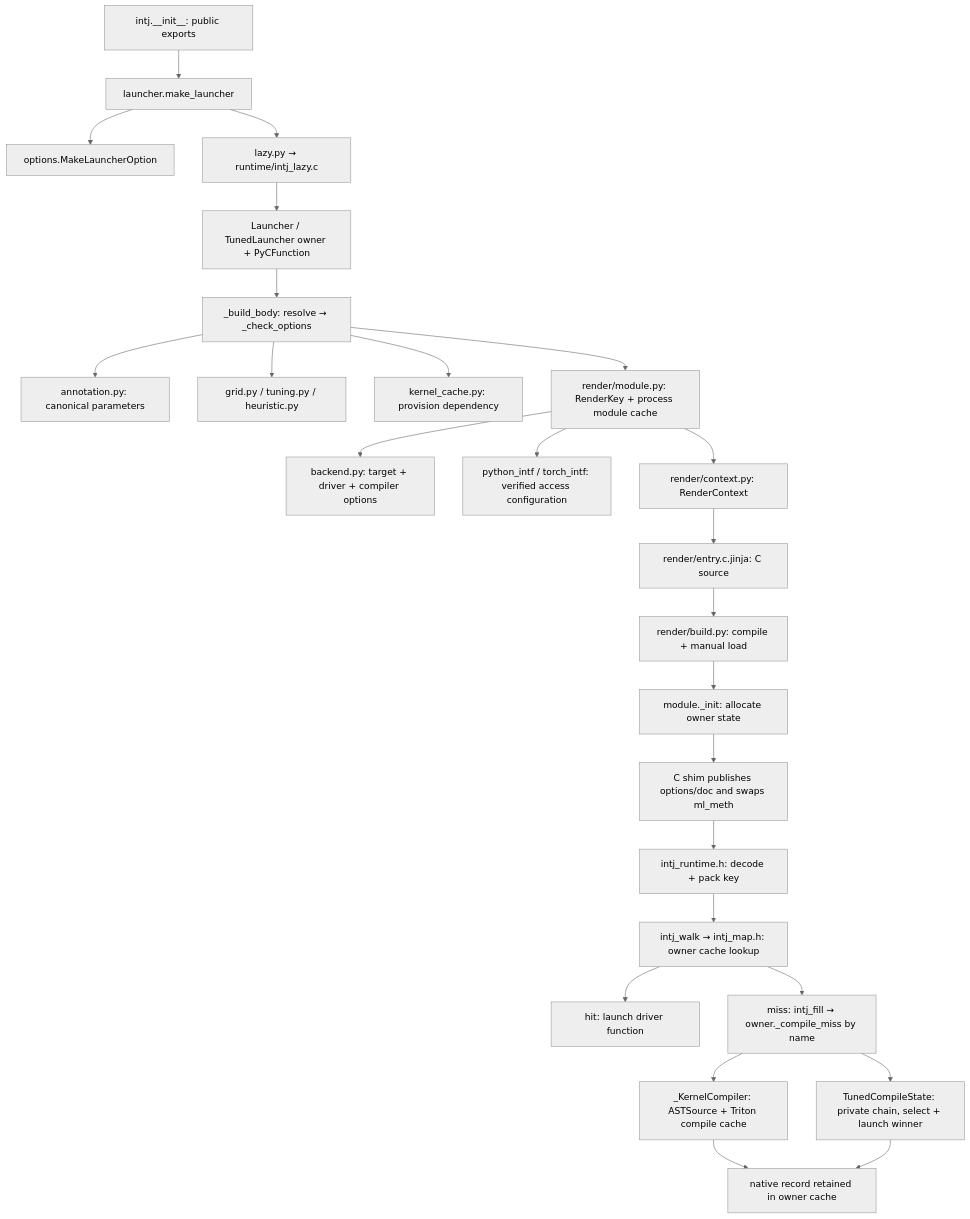
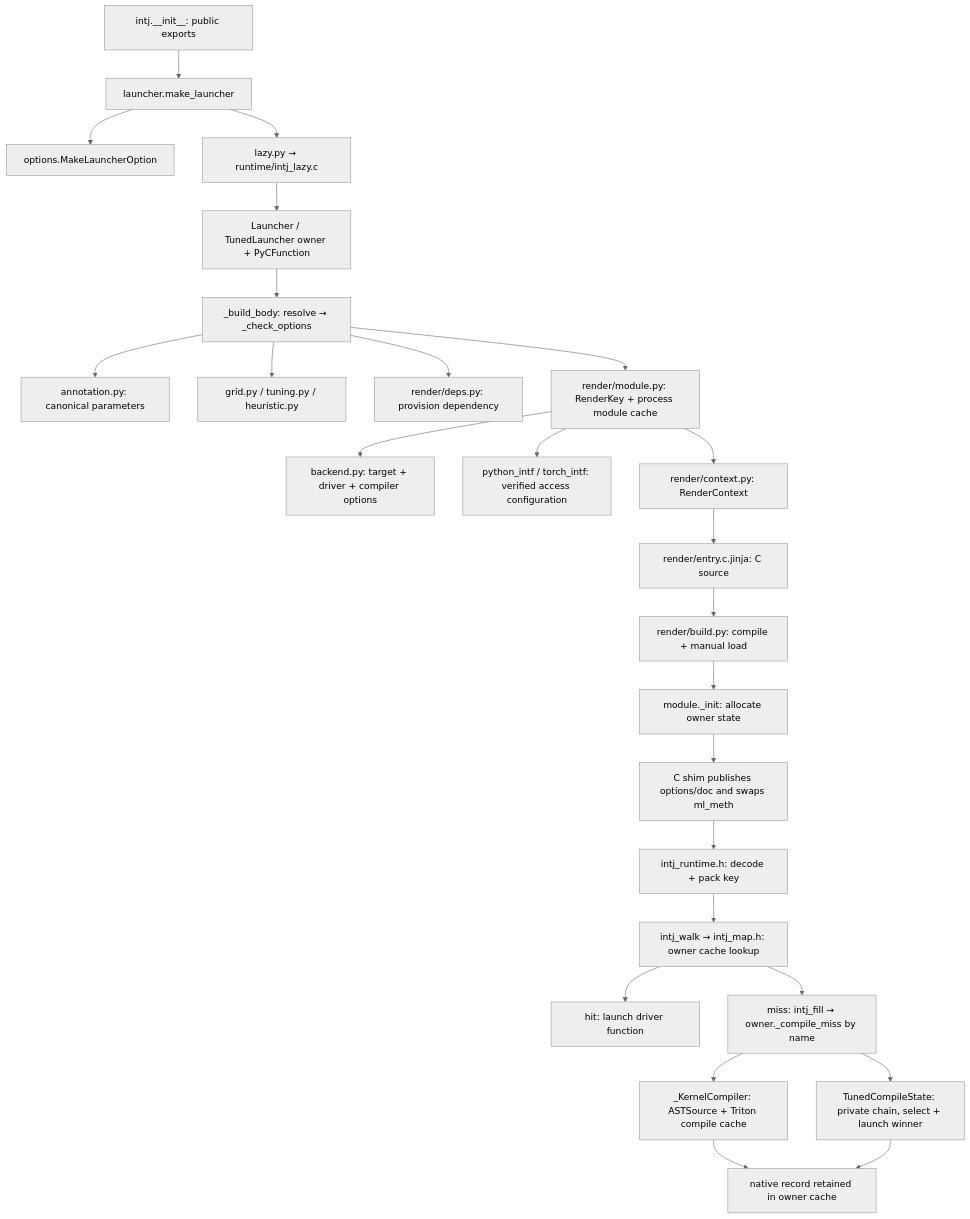
Before and after one commit to lijinpei-amd/intj: the diagram in review/structure.md, drawn with Mermaid (neutral theme). The commit also changed other lines of this file and 9 other files, not shown here.

Commit message:
refactor: move kernel cache provisioning into render

````diff
--- a/review/structure.md
+++ b/review/structure.md
@@ -19,27 +19,27 @@
 ```mermaid
 flowchart TD
     API["intj.__init__: public exports"] --> Factory["launcher.make_launcher"]
     Factory --> Options["options.MakeLauncherOption"]
     Factory --> Stub["lazy.py → runtime/intj_lazy.c"]
     Stub --> Owner["Launcher / TunedLauncher owner + PyCFunction"]
     Owner --> Check["_build_body: resolve → _check_options"]
     Check --> Ann["annotation.py: canonical parameters"]
     Check --> Grid["grid.py / tuning.py / heuristic.py"]
-    Check --> Deps["kernel_cache.py: provision dependency"]
+    Check --> Deps["render/deps.py: provision dependency"]
     Check --> Module["render/module.py: RenderKey + process module cache"]
     Module --> Backend["backend.py: target + driver + compiler options"]
     Module --> ABI["python_intf / torch_intf: verified access configuration"]
     Module --> Context["render/context.py: RenderContext"]
     Context --> Template["render/entry.c.jinja: C source"]
     Template --> Build["render/build.py: compile + manual load"]
     Build --> Init["module._init: allocate owner state"]
     Init --> Entry["C shim publishes options/doc and swaps ml_meth"]
     Entry --> Decode["intj_runtime.h: decode + pack key"]
     Decode --> Walk["intj_walk → intj_map.h: owner cache lookup"]
     Walk --> Hit["hit: launch driver function"]
     Walk --> Miss["miss: intj_fill → owner._compile_miss by name"]
     Miss --> Compiler["_KernelCompiler: ASTSource + Triton compile cache"]
     Miss --> Tuned["TunedCompileState: private chain, select + launch winner"]
     Compiler --> Record["native record retained in owner cache"]
     Tuned --> Record
 ```
````
